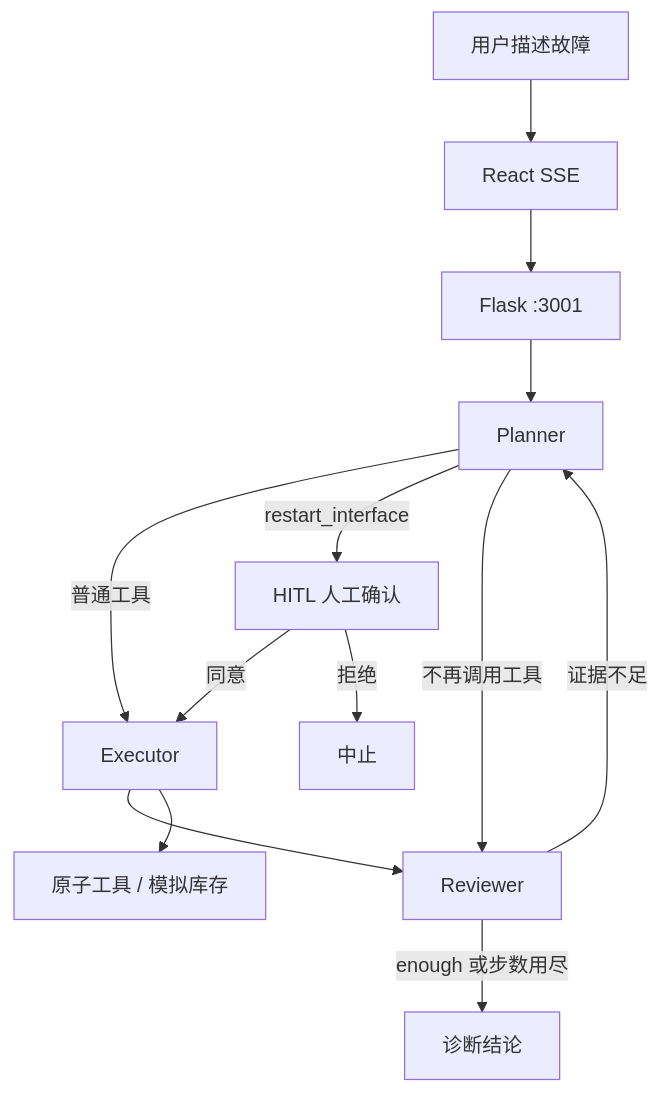
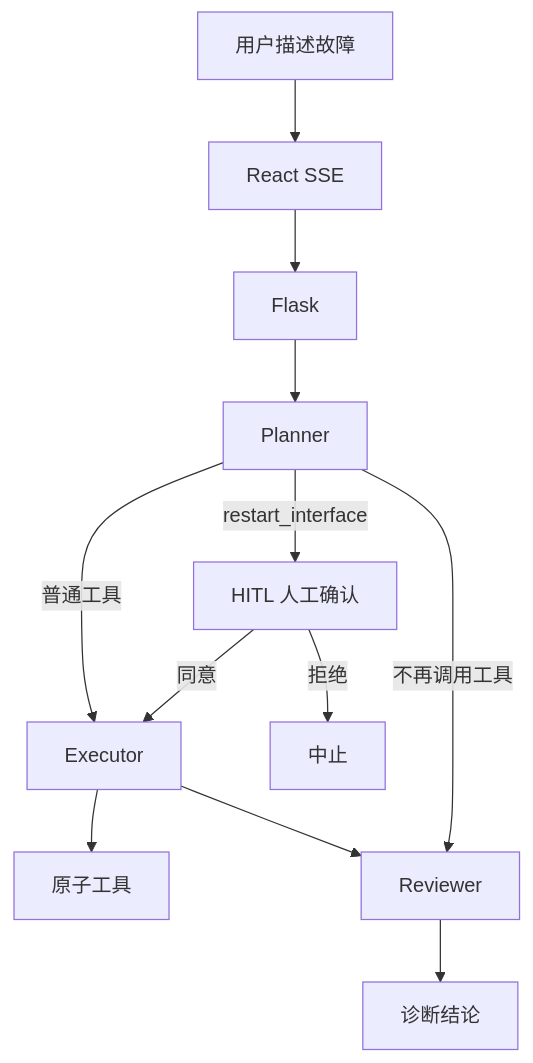
One commit to lacorda/diagnosis-agent changed the diagram in README.md. Above: the diagram before and after it, drawn with Mermaid. The commit also changed other lines of this file, not shown here.

Commit message:
Fix README mermaid so GitHub can render the architecture diagram.

````diff
--- a/README.md
+++ b/README.md
@@ -16,15 +16,14 @@
 ```mermaid
-flowchart TB
-  U[用户描述故障] --> FE[React SSE]
-  FE --> API[Flask :3001]
-  API --> P[Planner]
-  P -->|普通工具| E[Executor]
-  P -->|restart_interface| H[HITL 人工确认]
-  P -->|不再调用工具| R[Reviewer]
-  H -->|同意| E
-  H -->|拒绝| X[中止]
+graph TD
+  U["用户描述故障"] --> FE["React SSE"]
+  FE --> API["Flask"]
+  API --> P["Planner"]
+  P -->|"普通工具"| E["Executor"]
+  P -->|"restart_interface"| H["HITL 人工确认"]
+  P -->|"不再调用工具"| R["Reviewer"]
+  H -->|"同意"| E
+  H -->|"拒绝"| X["中止"]
+  E --> T["原子工具"]
   E --> R
-  R -->|证据不足| P
-  R -->|enough 或步数用尽| D[诊断结论]
-  E --> T[原子工具 / 模拟库存]
+  R --> D["诊断结论"]
 ```
````
